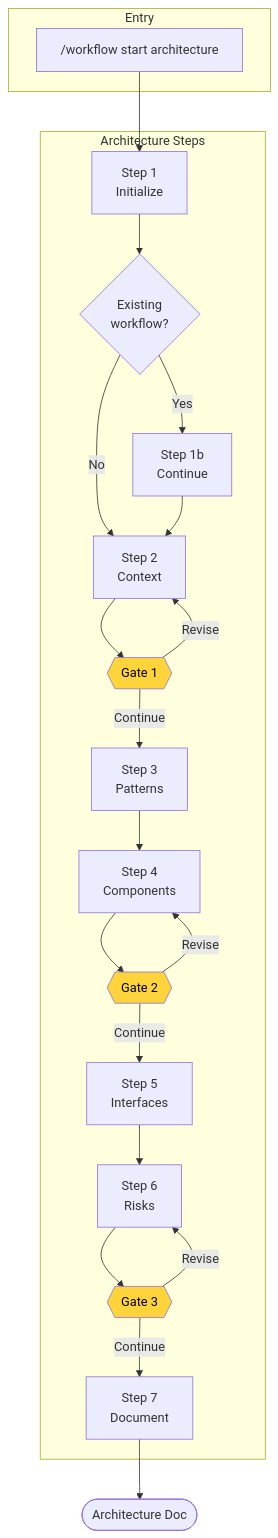
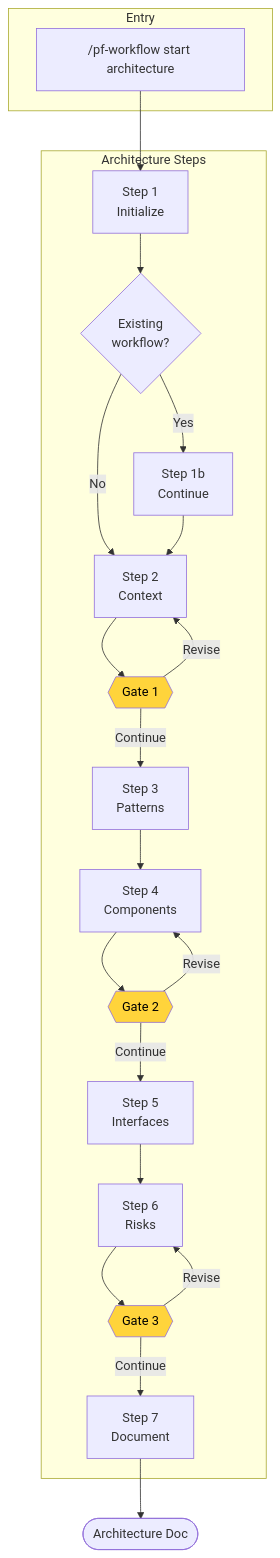
Before and after one commit to slabgorb/pennyfarthing: the sixth of 10 diagrams in docs/BIKELANE-DIAGRAMS.md, drawn with Mermaid. The commit also changed other lines of this file and 57 other files, not shown here.

````diff
--- a/docs/BIKELANE-DIAGRAMS.md
+++ b/docs/BIKELANE-DIAGRAMS.md
@@ -259,43 +259,43 @@
 ```mermaid
 flowchart TD
     subgraph Entry
-        START["/workflow start architecture"]
+        START["/pf-workflow start architecture"]
     end
 
     subgraph "Architecture Steps"
         S1["Step 1<br/>Initialize"]
         S1B{"Existing<br/>workflow?"}
         S1C["Step 1b<br/>Continue"]
         S2["Step 2<br/>Context"]
         G1{{"Gate 1"}}
         S3["Step 3<br/>Patterns"]
         S4["Step 4<br/>Components"]
         G2{{"Gate 2"}}
         S5["Step 5<br/>Interfaces"]
         S6["Step 6<br/>Risks"]
         G3{{"Gate 3"}}
         S7["Step 7<br/>Document"]
     end
 
     START --> S1
     S1 --> S1B
     S1B -->|"Yes"| S1C
     S1B -->|"No"| S2
     S1C --> S2
     S2 --> G1
     G1 -->|"Continue"| S3
     G1 -->|"Revise"| S2
     S3 --> S4
     S4 --> G2
     G2 -->|"Continue"| S5
     G2 -->|"Revise"| S4
     S5 --> S6
     S6 --> G3
     G3 -->|"Continue"| S7
     G3 -->|"Revise"| S6
     S7 --> Done([Architecture Doc])
 
     style G1 fill:#ffd43b,color:black
     style G2 fill:#ffd43b,color:black
     style G3 fill:#ffd43b,color:black
 ```
````
